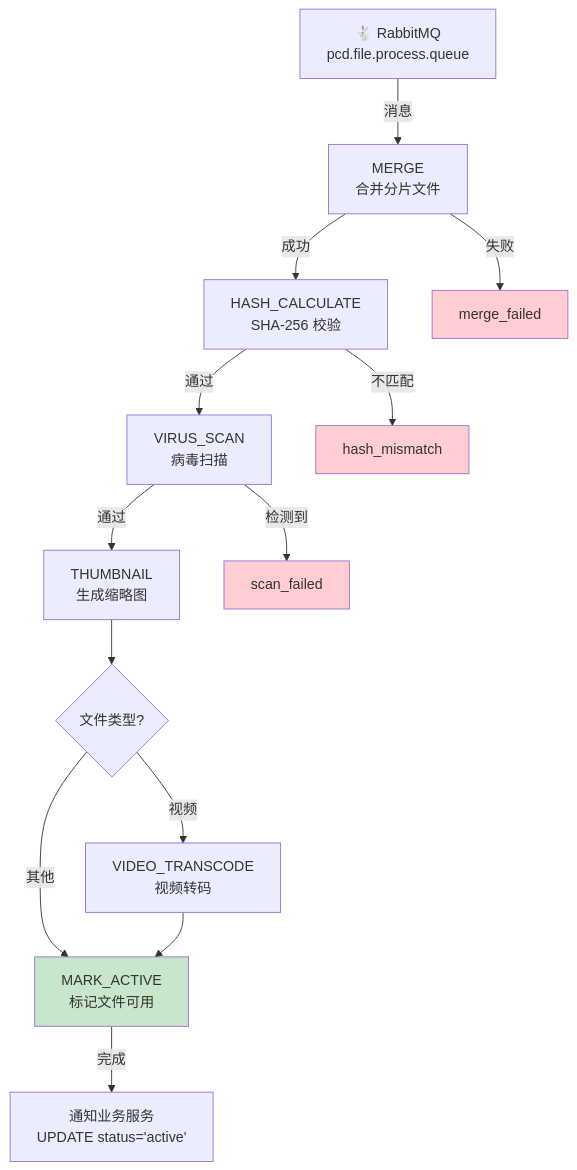
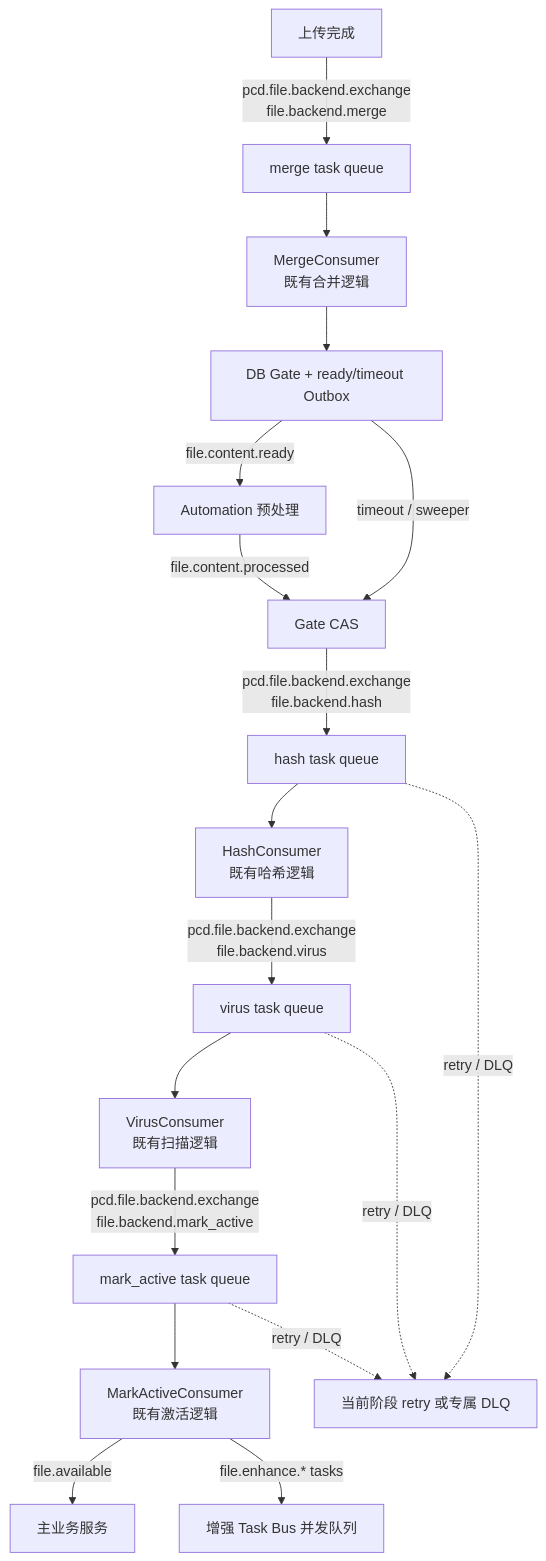
One commit to spade-kk/PrivateCloudDisk-Project changed the seventh of 13 diagrams in PrivateCloudDisk-storage-service/README.md. Above: the diagram before and after it, drawn with Mermaid. The commit also changed other lines of this file and 637 other files, not shown here.

````diff
--- a/PrivateCloudDisk-storage-service/README.md
+++ b/PrivateCloudDisk-storage-service/README.md
@@ -573,22 +573,20 @@
 ```mermaid
 flowchart TD
-    MQ[🐇 RabbitMQ<br/>pcd.file.process.queue] -->|消息| S1[MERGE<br/>合并分片文件]
-    S1 -->|成功| S2[HASH_CALCULATE<br/>SHA-256 校验]
-    S2 -->|通过| S3[VIRUS_SCAN<br/>病毒扫描]
-    S3 -->|通过| S4[THUMBNAIL<br/>生成缩略图]
-    S4 --> S5{文件类型?}
-    S5 -->|视频| S6[VIDEO_TRANSCODE<br/>视频转码]
-    S5 -->|其他| S7[MARK_ACTIVE<br/>标记文件可用]
-    S6 --> S7
-
-    S1 -->|失败| F1[merge_failed]
-    S2 -->|不匹配| F2[hash_mismatch]
-    S3 -->|检测到| F3[scan_failed]
-
-    S7 -->|完成| BS[通知业务服务<br/>UPDATE status='active']
-
-    style S7 fill:#c8e6c9
-    style F1 fill:#ffcdd2
-    style F2 fill:#ffcdd2
-    style F3 fill:#ffcdd2
+    A[上传完成] -->|pcd.file.backend.exchange<br/>file.backend.merge| M[merge task queue]
+    M --> MC[MergeConsumer<br/>既有合并逻辑]
+    MC --> G[DB Gate + ready/timeout Outbox]
+    G -->|file.content.ready| AUTO[Automation 预处理]
+    AUTO -->|file.content.processed| CAS[Gate CAS]
+    G -->|timeout / sweeper| CAS
+    CAS -->|pcd.file.backend.exchange<br/>file.backend.hash| H[hash task queue]
+    H --> HC[HashConsumer<br/>既有哈希逻辑]
+    HC -->|pcd.file.backend.exchange<br/>file.backend.virus| V[virus task queue]
+    V --> VC[VirusConsumer<br/>既有扫描逻辑]
+    VC -->|pcd.file.backend.exchange<br/>file.backend.mark_active| MA[mark_active task queue]
+    MA --> AC[MarkActiveConsumer<br/>既有激活逻辑]
+    AC -->|file.available| BS[主业务服务]
+    AC -->|file.enhance.* tasks| E[增强 Task Bus 并发队列]
+    H -. retry / DLQ .-> R[当前阶段 retry 或专属 DLQ]
+    V -. retry / DLQ .-> R
+    MA -. retry / DLQ .-> R
 ```
````
